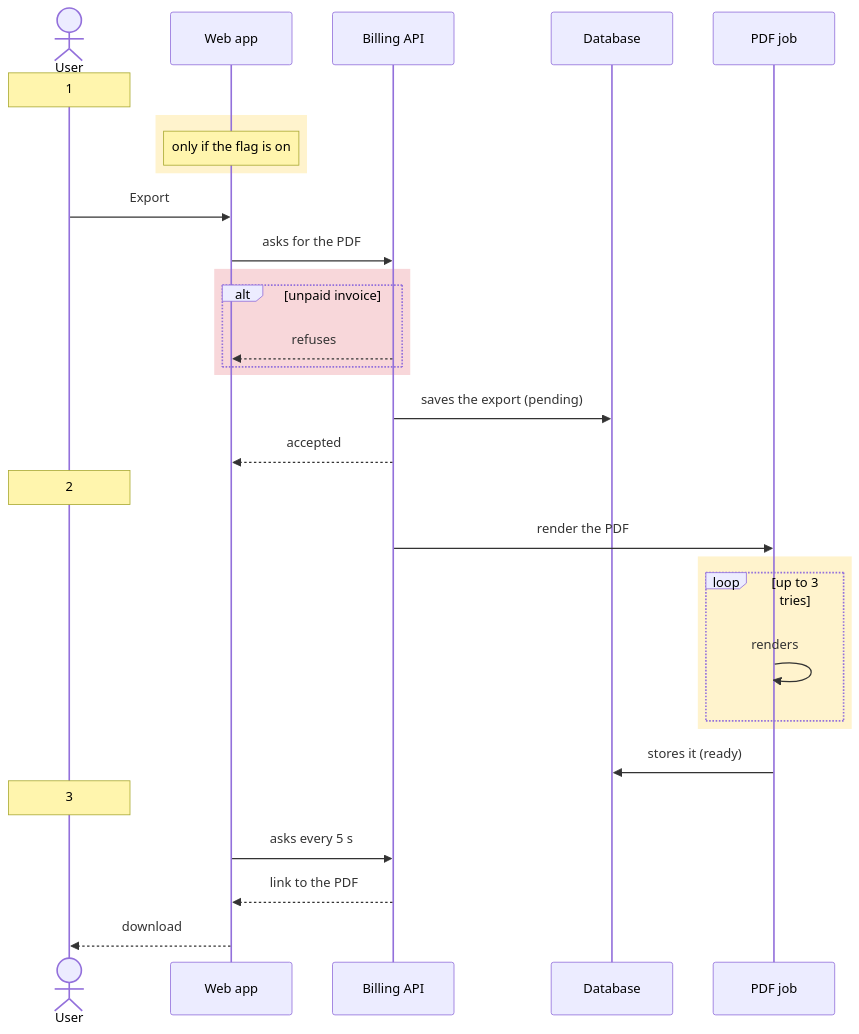
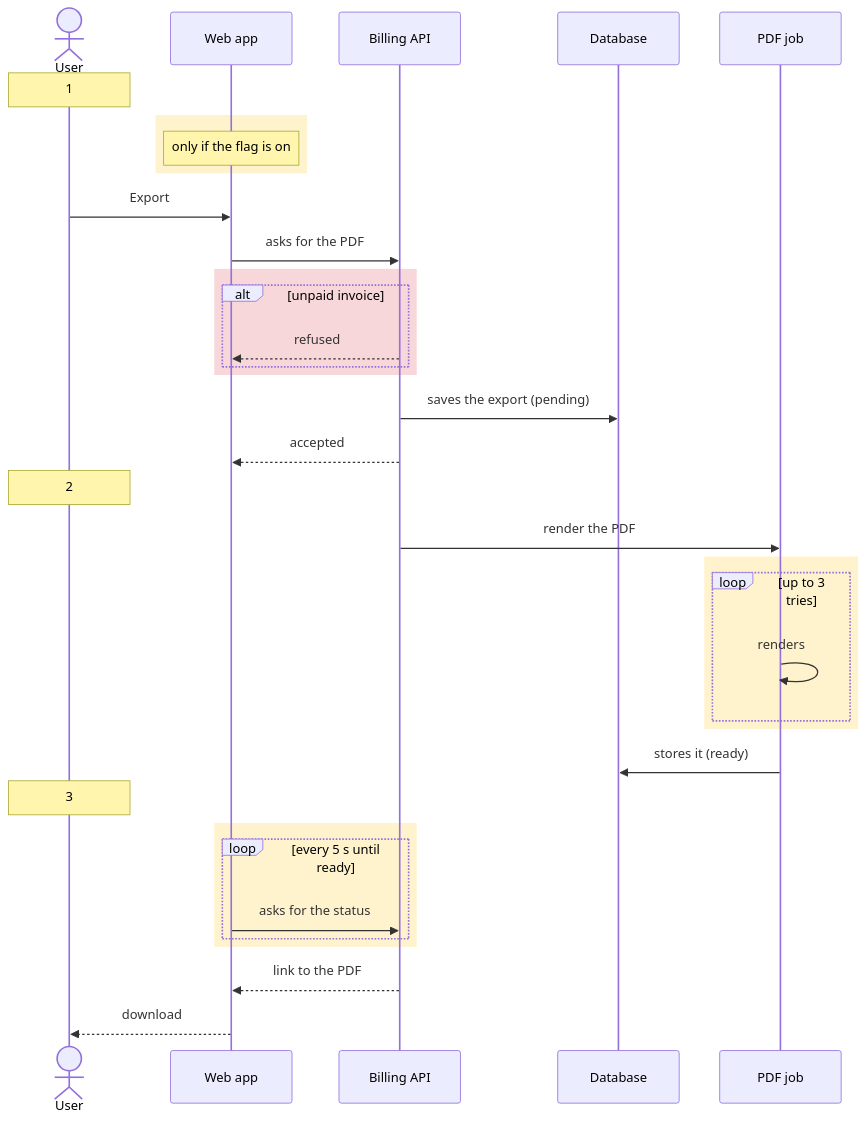
The first of 2 diagrams in skills/visualize-it/references/mermaid.md (tiagoornelas/ai-skills), drawn with Mermaid before and after one commit. The commit also changed other lines of this file and 2 other files, not shown here.

Commit message:
fix(visualize-it): use the user's language and mark every detour
Review: labels follow the session language, the refusal and the polling wait are marked detours, and wide example lines fit 100 columns.

````diff
--- a/skills/visualize-it/references/mermaid.md
+++ b/skills/visualize-it/references/mermaid.md
@@ -11,33 +11,37 @@
 ```mermaid
 sequenceDiagram
   actor U as User
   participant W as Web app
   participant A as Billing API
   participant D as Database
   participant J as PDF job
   Note over U: 1
   rect rgb(255, 243, 205)
     Note over W: only if the flag is on
   end
   U->>W: Export
   W->>A: asks for the PDF
   rect rgb(248, 215, 218)
     alt unpaid invoice
-      A-->>W: refuses
+      A-->>W: refused
     end
   end
   A->>D: saves the export (pending)
   A-->>W: accepted
   Note over U: 2
   A->>J: render the PDF
   rect rgb(255, 243, 205)
     loop up to 3 tries
       J->>J: renders
     end
   end
   J->>D: stores it (ready)
   Note over U: 3
-  W->>A: asks every 5 s
+  rect rgb(255, 243, 205)
+    loop every 5 s until ready
+      W->>A: asks for the status
+    end
+  end
   A-->>W: link to the PDF
   W-->>U: download
 ```
````
